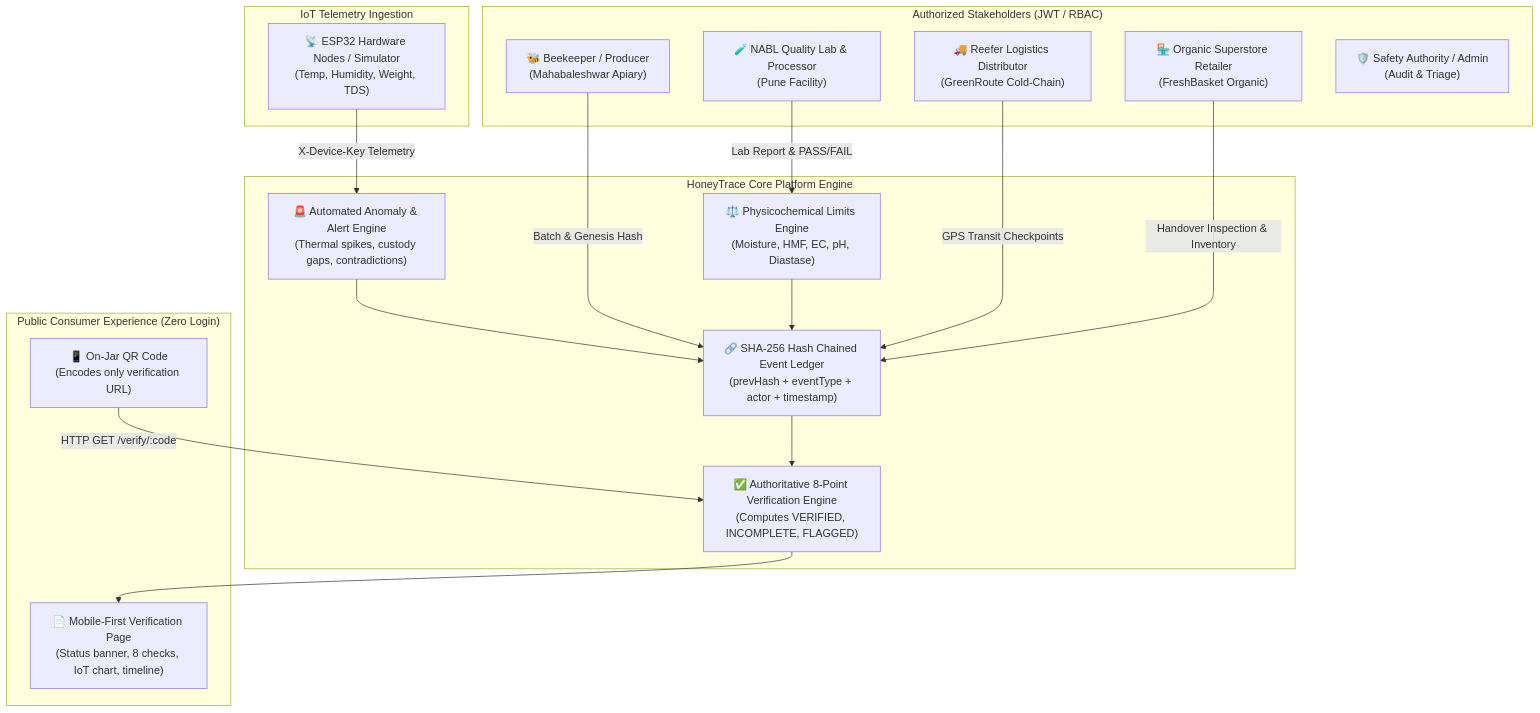
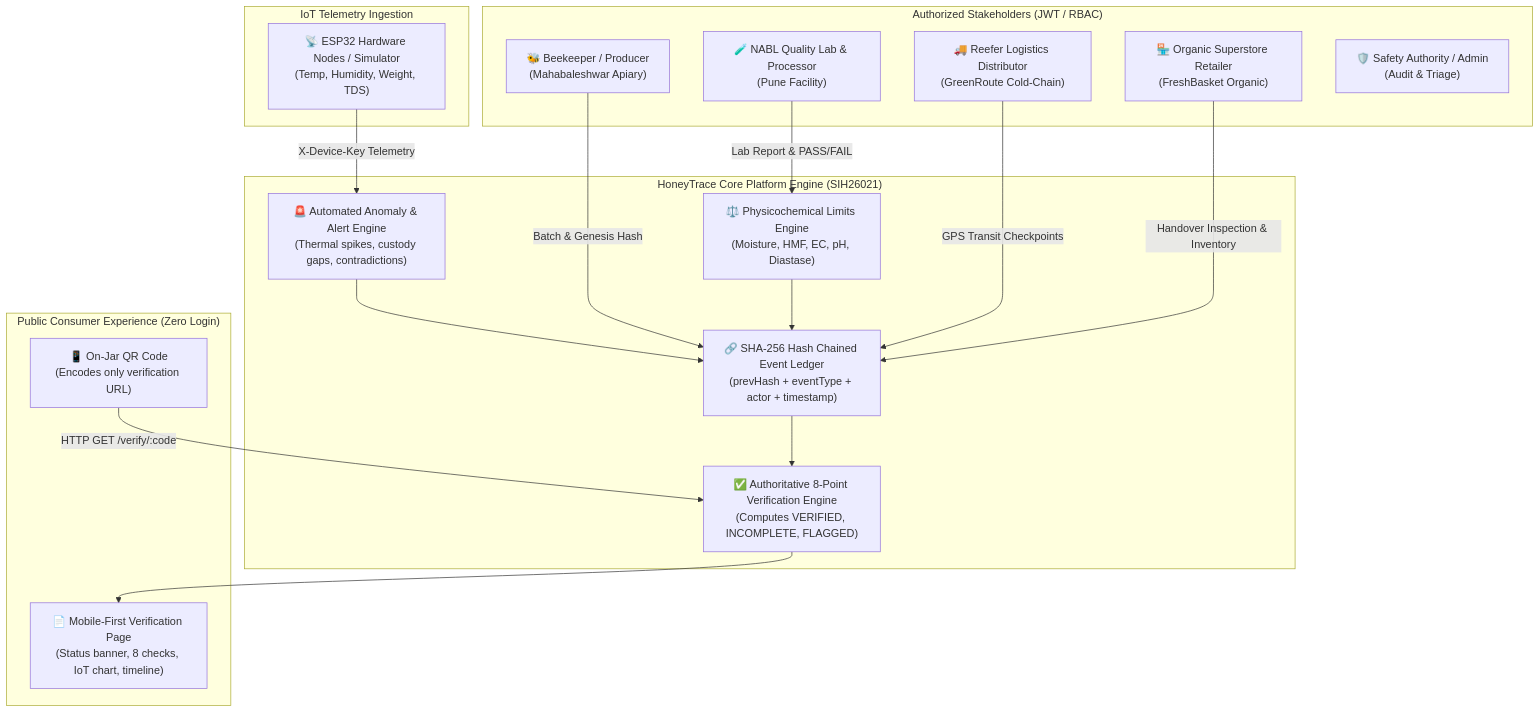
The diagram in README.md (saiganesh-ponnod/Honey-Trace), drawn with Mermaid before and after one commit. The commit also changed other lines of this file, not shown here.

Commit message:
docs: add Smart India Hackathon (SIH) Problem Statement SIH26021 submission alignment

````diff
--- a/README.md
+++ b/README.md
@@ -21,37 +36,37 @@
 ```mermaid
 flowchart TD
     subgraph Stakeholders ["Authorized Stakeholders (JWT / RBAC)"]
         PR["🐝 Beekeeper / Producer\n(Mahabaleshwar Apiary)"]
         PC["🧪 NABL Quality Lab & Processor\n(Pune Facility)"]
         DI["🚚 Reefer Logistics Distributor\n(GreenRoute Cold-Chain)"]
         RE["🏪 Organic Superstore Retailer\n(FreshBasket Organic)"]
         AD["🛡️ Safety Authority / Admin\n(Audit & Triage)"]
     end
 
     subgraph IoT ["IoT Telemetry Ingestion"]
         ESP["📡 ESP32 Hardware Nodes / Simulator\n(Temp, Humidity, Weight, TDS)"]
     end
 
-    subgraph CoreEngine ["HoneyTrace Core Platform Engine"]
+    subgraph CoreEngine ["HoneyTrace Core Platform Engine (SIH26021)"]
         LEDGER["🔗 SHA-256 Hash Chained Event Ledger\n(prevHash + eventType + actor + timestamp)"]
         RULES["⚖️ Physicochemical Limits Engine\n(Moisture, HMF, EC, pH, Diastase)"]
         SAFETY["🚨 Automated Anomaly & Alert Engine\n(Thermal spikes, custody gaps, contradictions)"]
         VERIFY["✅ Authoritative 8-Point Verification Engine\n(Computes VERIFIED, INCOMPLETE, FLAGGED)"]
     end
 
     subgraph ConsumerExperience ["Public Consumer Experience (Zero Login)"]
         QR["📱 On-Jar QR Code\n(Encodes only verification URL)"]
         VRESP["📄 Mobile-First Verification Page\n(Status banner, 8 checks, IoT chart, timeline)"]
     end
 
     PR -->|"Batch & Genesis Hash"| LEDGER
     PC -->|"Lab Report & PASS/FAIL"| RULES
     RULES --> LEDGER
     ESP -->|"X-Device-Key Telemetry"| SAFETY
     SAFETY --> LEDGER
     DI -->|"GPS Transit Checkpoints"| LEDGER
     RE -->|"Handover Inspection & Inventory"| LEDGER
     LEDGER --> VERIFY
     QR -->|"HTTP GET /verify/:code"| VERIFY
     VERIFY --> VRESP
 ```
````
